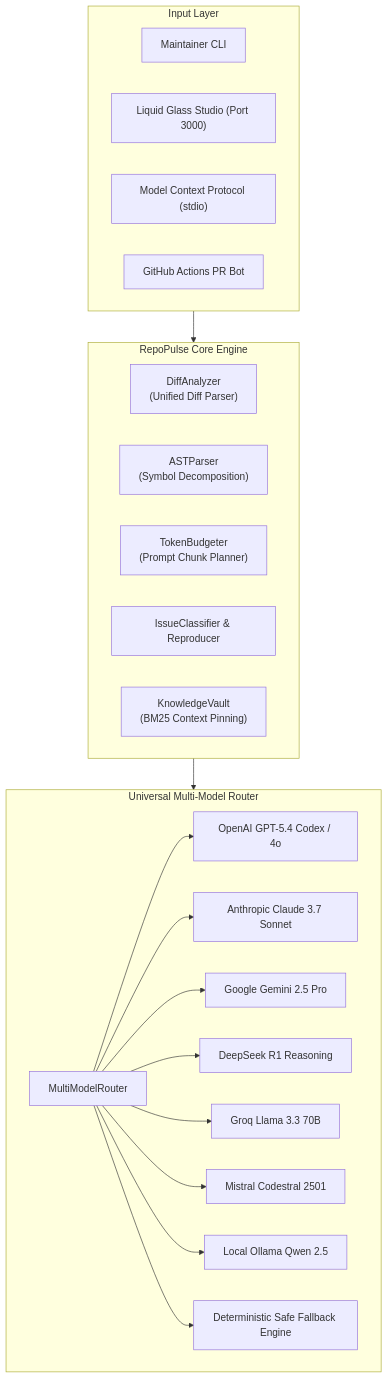
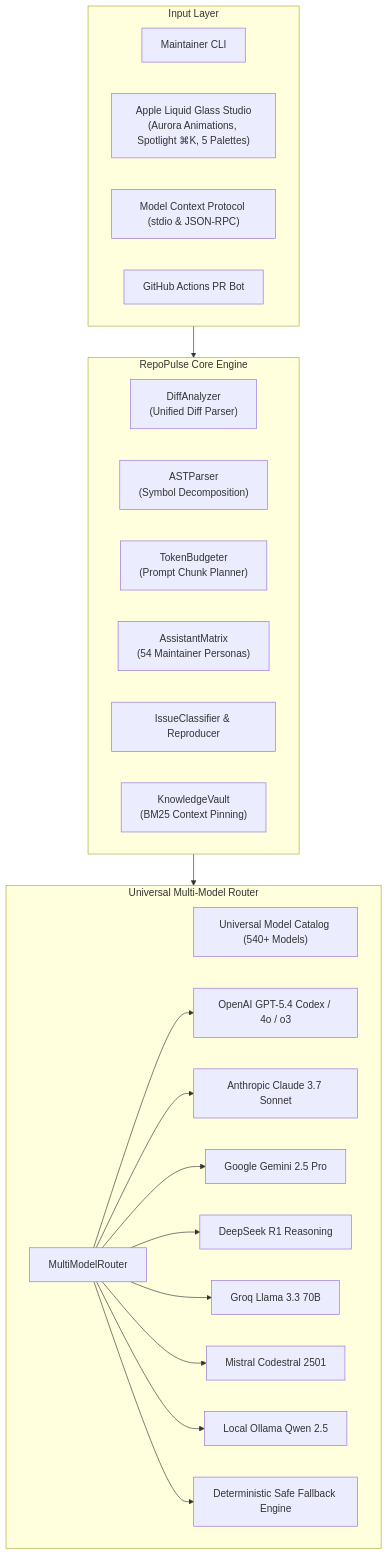
The diagram in docs/architecture.md (miriyaladhanwinn/repo-pulse-ai), drawn with Mermaid before and after one commit. The commit also changed 1 other file, not shown here.

Commit message:
docs: document v2.1.0 Apple Liquid Glass, 5 palettes, and 540+ models architecture

````diff
--- a/docs/architecture.md
+++ b/docs/architecture.md
@@ -11,33 +11,35 @@
 ```mermaid
 flowchart TB
     subgraph InputSurface["Input Layer"]
         CLI["Maintainer CLI"]
-        STUDIO["Liquid Glass Studio (Port 3000)"]
-        MCP_STDIO["Model Context Protocol (stdio)"]
+        STUDIO["Apple Liquid Glass Studio<br/>(Aurora Animations, Spotlight ⌘K, 5 Palettes)"]
+        MCP_STDIO["Model Context Protocol (stdio & JSON-RPC)"]
         GH_ACTIONS["GitHub Actions PR Bot"]
     end
 
     subgraph CoreEngine["RepoPulse Core Engine"]
         DIFF["DiffAnalyzer<br/>(Unified Diff Parser)"]
         AST["ASTParser<br/>(Symbol Decomposition)"]
         BUDGET["TokenBudgeter<br/>(Prompt Chunk Planner)"]
+        MATRIX["AssistantMatrix<br/>(54 Maintainer Personas)"]
         TRIAGE["IssueClassifier & Reproducer"]
         VAULT["KnowledgeVault<br/>(BM25 Context Pinning)"]
     end
 
     subgraph ModelGateway["Universal Multi-Model Router"]
+        CATALOG["Universal Model Catalog (540+ Models)"]
         ROUTER["MultiModelRouter"]
-        OPENAI["OpenAI GPT-5.4 Codex / 4o"]
+        OPENAI["OpenAI GPT-5.4 Codex / 4o / o3"]
         CLAUDE["Anthropic Claude 3.7 Sonnet"]
         GEMINI["Google Gemini 2.5 Pro"]
         DEEPSEEK["DeepSeek R1 Reasoning"]
         GROQ["Groq Llama 3.3 70B"]
         MISTRAL["Mistral Codestral 2501"]
         OLLAMA["Local Ollama Qwen 2.5"]
         FALLBACK["Deterministic Safe Fallback Engine"]
     end
 
     InputSurface --> CoreEngine
     CoreEngine --> ModelGateway
     ROUTER --> OPENAI & CLAUDE & GEMINI & DEEPSEEK & GROQ & MISTRAL & OLLAMA & FALLBACK
 ```
````
